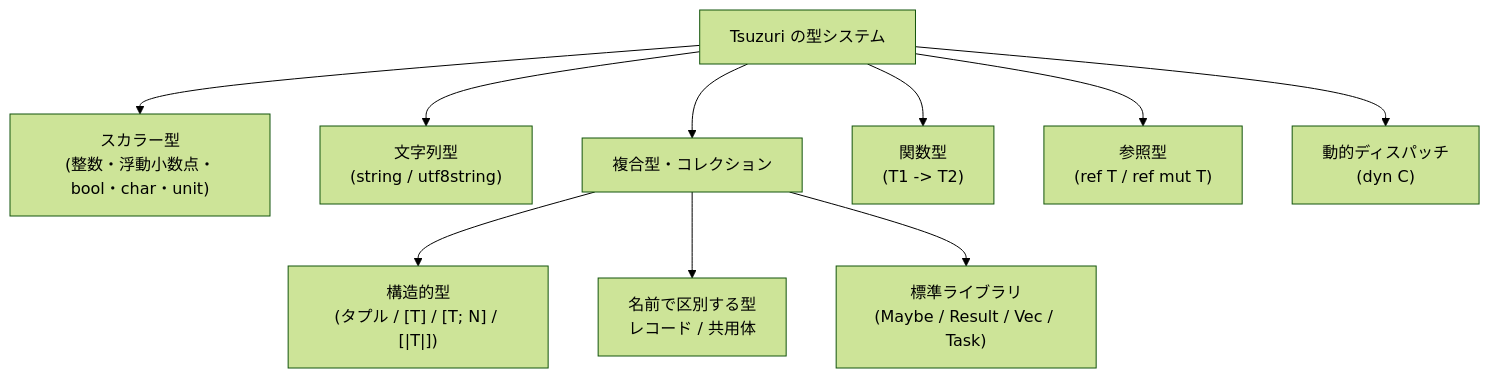
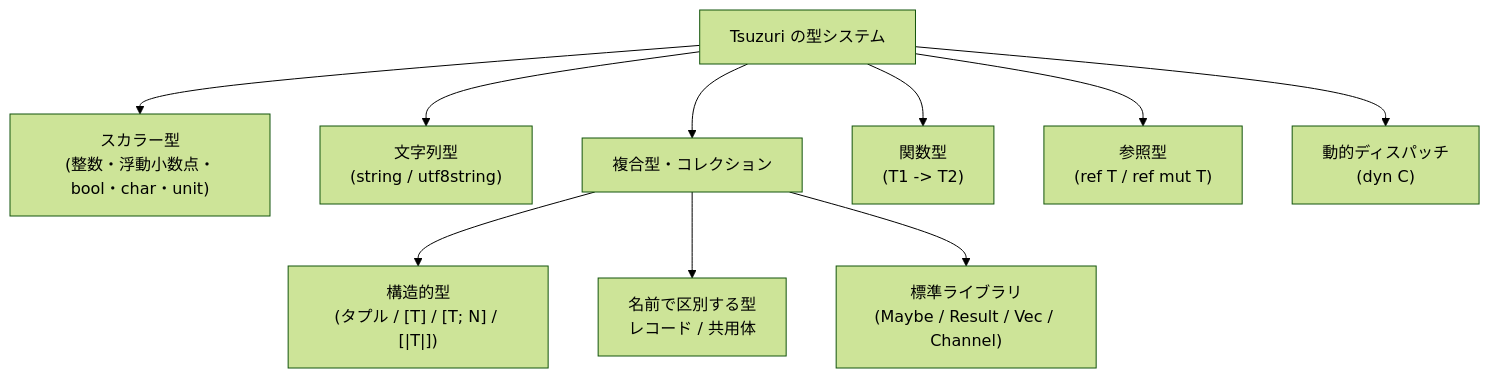
Before and after one commit to tatsuya-midorikawa/Tsuzuri: the diagram in _tsuzuri/language-reference/types-and-type-inference/types.md, drawn with Mermaid (forest theme). The commit also changed other lines of this file and 261 other files, not shown here.

````diff
--- a/_tsuzuri/language-reference/types-and-type-inference/types.md
+++ b/_tsuzuri/language-reference/types-and-type-inference/types.md
@@ -19,13 +19,13 @@
 ```mermaid
 flowchart TD
     root["Tsuzuri の型システム"]
     root --> scalar["スカラー型<br>(整数・浮動小数点・bool・char・unit)"]
     root --> text["文字列型<br>(string / utf8string)"]
     root --> composite["複合型・コレクション"]
     root --> func["関数型<br>(T1 -&gt; T2)"]
     root --> reference["参照型<br>(ref T / ref mut T)"]
     root --> dynamic["動的ディスパッチ<br>(dyn C)"]
     composite --> structural["構造的型<br>(タプル / [T] / [T; N] / [|T|])"]
     composite --> nominal["名前で区別する型<br>レコード / 共用体"]
-    composite --> stdlib["標準ライブラリ<br>(Maybe / Result / Vec / Task)"]
+    composite --> stdlib["標準ライブラリ<br>(Maybe / Result / Vec / Channel)"]
 ```
````
